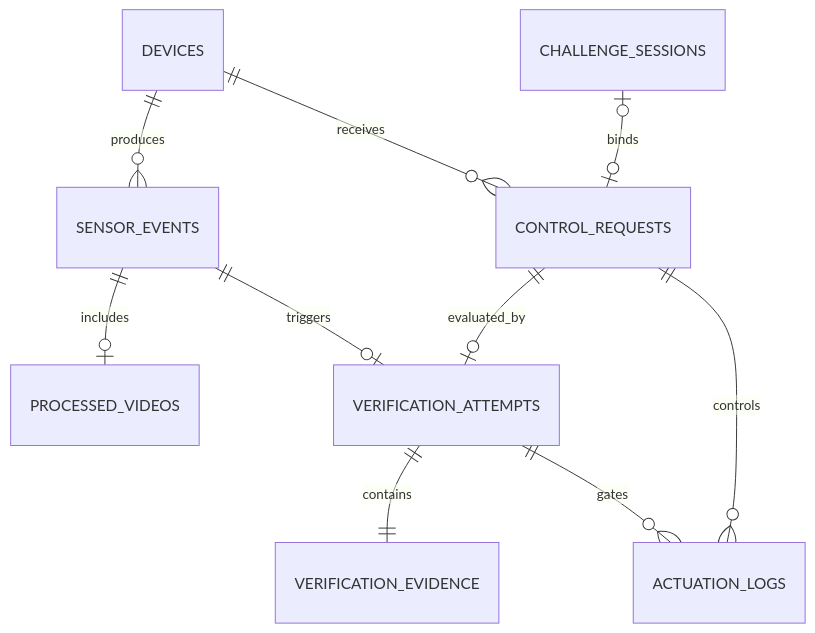
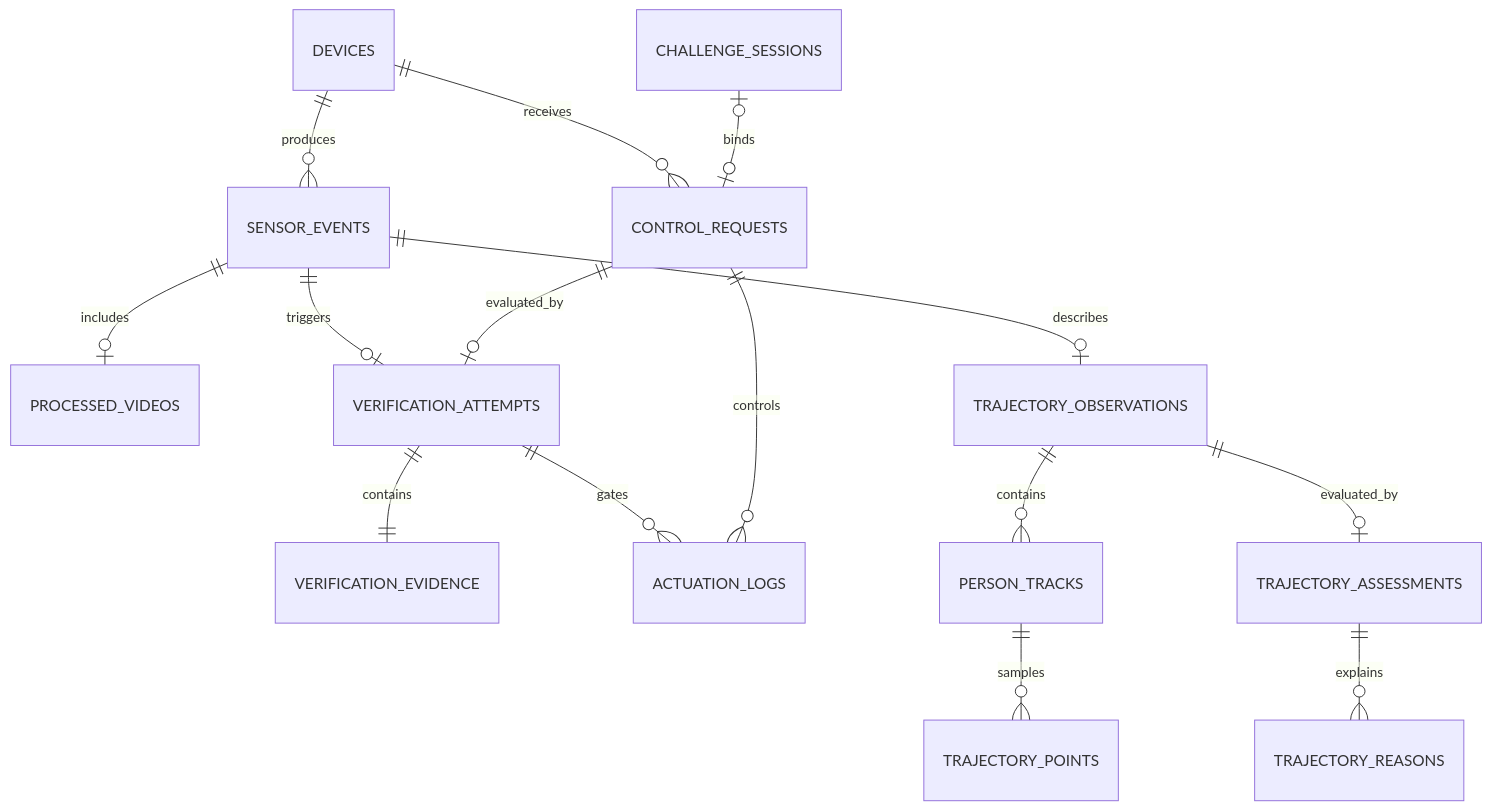
One commit to Uree1229/Risk-ZERO changed the diagram in docs/database-design.md. Above: the diagram before and after it, drawn with Mermaid. The commit also changed other lines of this file and 35 other files, not shown here.

````diff
--- a/docs/database-design.md
+++ b/docs/database-design.md
@@ -30,12 +44,17 @@
 ```mermaid
 erDiagram
     DEVICES ||--o{ SENSOR_EVENTS : produces
     DEVICES ||--o{ CONTROL_REQUESTS : receives
     CHALLENGE_SESSIONS o|--o| CONTROL_REQUESTS : binds
     SENSOR_EVENTS ||--o| PROCESSED_VIDEOS : includes
     SENSOR_EVENTS ||--o| VERIFICATION_ATTEMPTS : triggers
     CONTROL_REQUESTS ||--o| VERIFICATION_ATTEMPTS : evaluated_by
     VERIFICATION_ATTEMPTS ||--|| VERIFICATION_EVIDENCE : contains
     VERIFICATION_ATTEMPTS ||--o{ ACTUATION_LOGS : gates
     CONTROL_REQUESTS ||--o{ ACTUATION_LOGS : controls
+    SENSOR_EVENTS ||--o| TRAJECTORY_OBSERVATIONS : describes
+    TRAJECTORY_OBSERVATIONS ||--o{ PERSON_TRACKS : contains
+    PERSON_TRACKS ||--o{ TRAJECTORY_POINTS : samples
+    TRAJECTORY_OBSERVATIONS ||--o| TRAJECTORY_ASSESSMENTS : evaluated_by
+    TRAJECTORY_ASSESSMENTS ||--o{ TRAJECTORY_REASONS : explains
 ```
````
